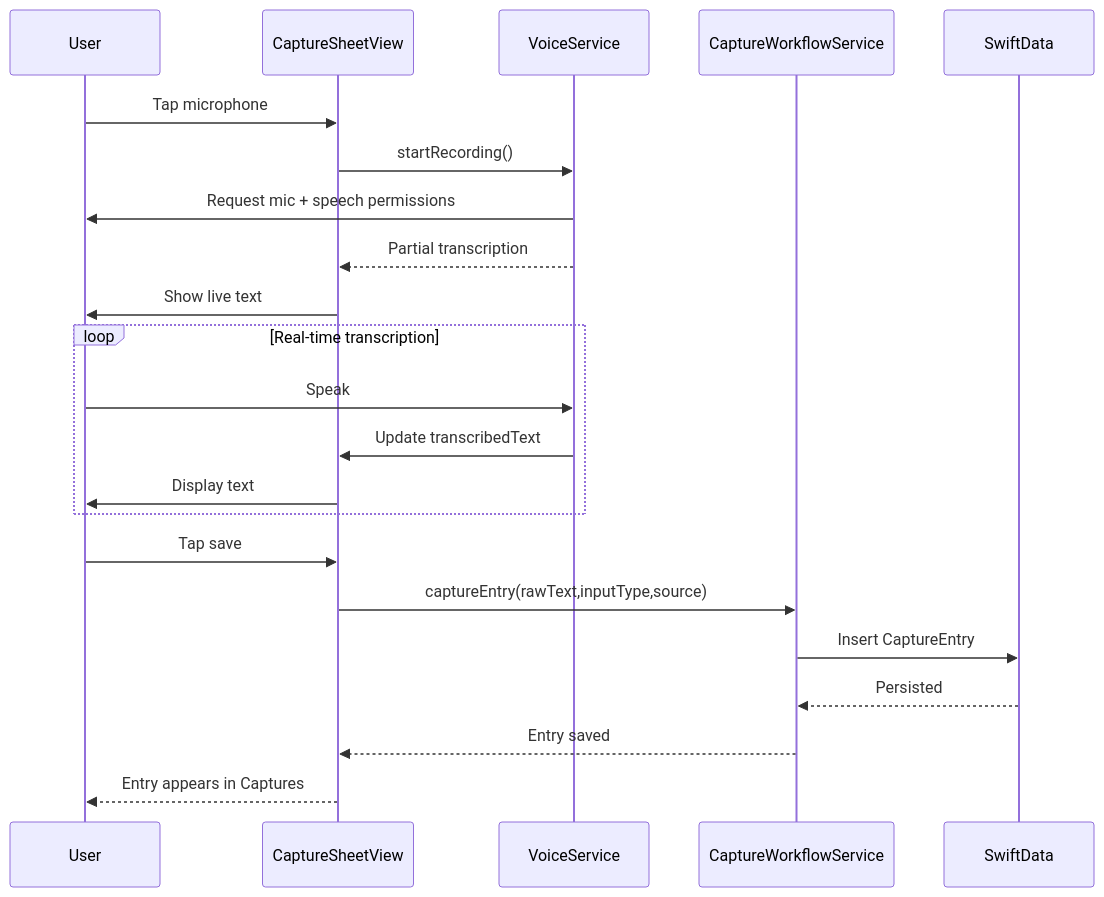
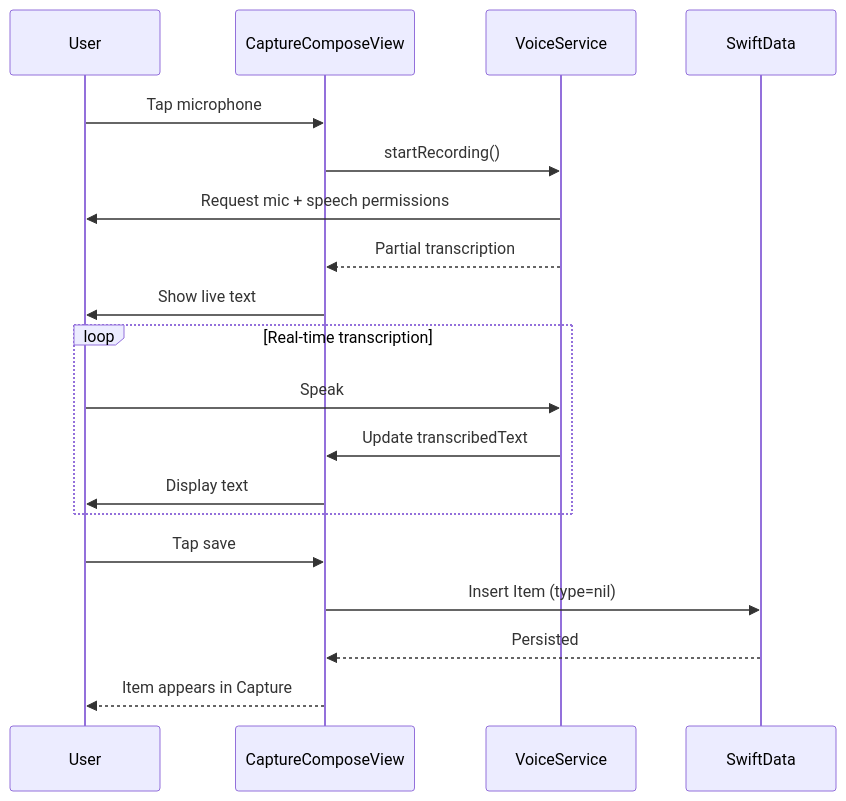
One commit to Will-Conklin/offload changed the fourth of 4 diagrams in README.md. Above: the diagram before and after it, drawn with Mermaid. The commit also changed other lines of this file and 87 other files, not shown here.

````diff
--- a/README.md
+++ b/README.md
@@ -234,27 +219,24 @@
 ```mermaid
 sequenceDiagram
     participant User
-    participant CaptureSheet as CaptureSheetView
+    participant CaptureComposeView
     participant VoiceService
-    participant Workflow as CaptureWorkflowService
     participant SwiftData
 
-    User->>CaptureSheet: Tap microphone
-    CaptureSheet->>VoiceService: startRecording()
+    User->>CaptureComposeView: Tap microphone
+    CaptureComposeView->>VoiceService: startRecording()
     VoiceService->>User: Request mic + speech permissions
-    VoiceService-->>CaptureSheet: Partial transcription
-    CaptureSheet->>User: Show live text
+    VoiceService-->>CaptureComposeView: Partial transcription
+    CaptureComposeView->>User: Show live text
 
     loop Real-time transcription
         User->>VoiceService: Speak
-        VoiceService->>CaptureSheet: Update transcribedText
-        CaptureSheet->>User: Display text
+        VoiceService->>CaptureComposeView: Update transcribedText
+        CaptureComposeView->>User: Display text
     end
 
-    User->>CaptureSheet: Tap save
-    CaptureSheet->>Workflow: captureEntry(rawText,inputType,source)
-    Workflow->>SwiftData: Insert CaptureEntry
-    SwiftData-->>Workflow: Persisted
-    Workflow-->>CaptureSheet: Entry saved
-    CaptureSheet-->>User: Entry appears in Captures
+    User->>CaptureComposeView: Tap save
+    CaptureComposeView->>SwiftData: Insert Item (type=nil)
+    SwiftData-->>CaptureComposeView: Persisted
+    CaptureComposeView-->>User: Item appears in Capture
 ```
````
